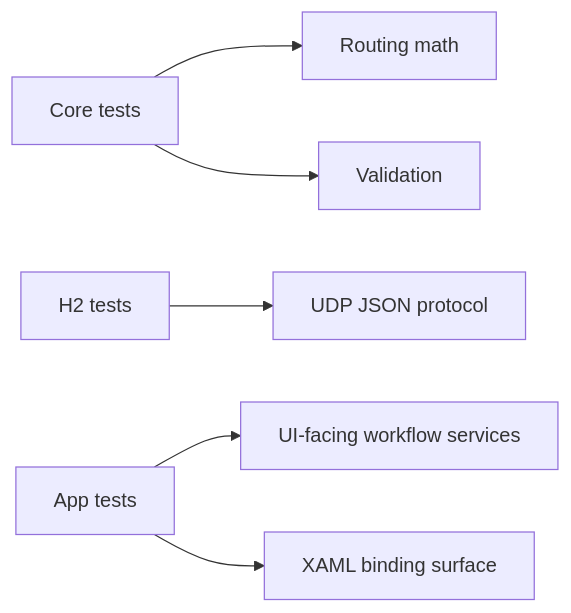
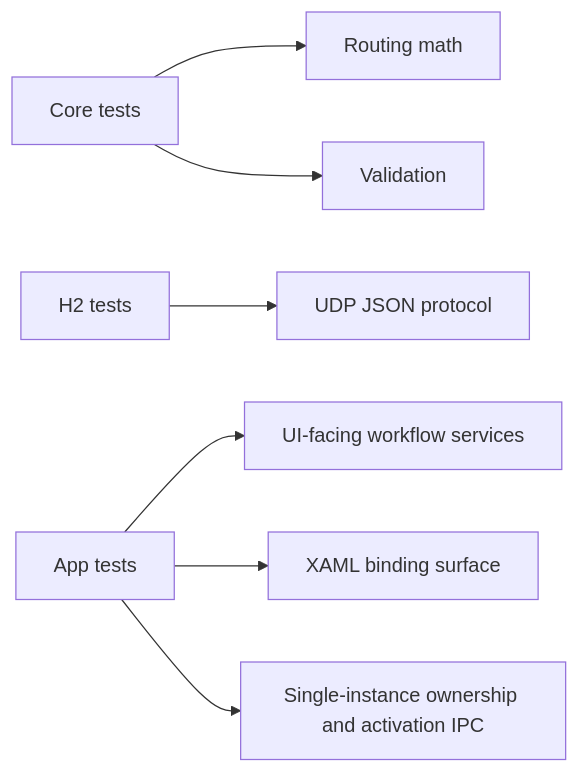
Before and after one commit to tjdakf/vp-cursor-potal: the fifth of 5 diagrams in docs/development.md, drawn with Mermaid. The commit also changed other lines of this file and 9 other files, not shown here.

Commit message:
Release v0.1.8 with single-instance startup

````diff
--- a/docs/development.md
+++ b/docs/development.md
@@ -567,8 +597,9 @@
 ```mermaid
 flowchart LR
     CoreTests["Core tests"] --> Routing["Routing math"]
     CoreTests --> Validation["Validation"]
     H2Tests["H2 tests"] --> Protocol["UDP JSON protocol"]
     AppTests["App tests"] --> Workflow["UI-facing workflow services"]
     AppTests --> Bindings["XAML binding surface"]
+    AppTests --> Lifecycle["Single-instance ownership and activation IPC"]
 ```
````
